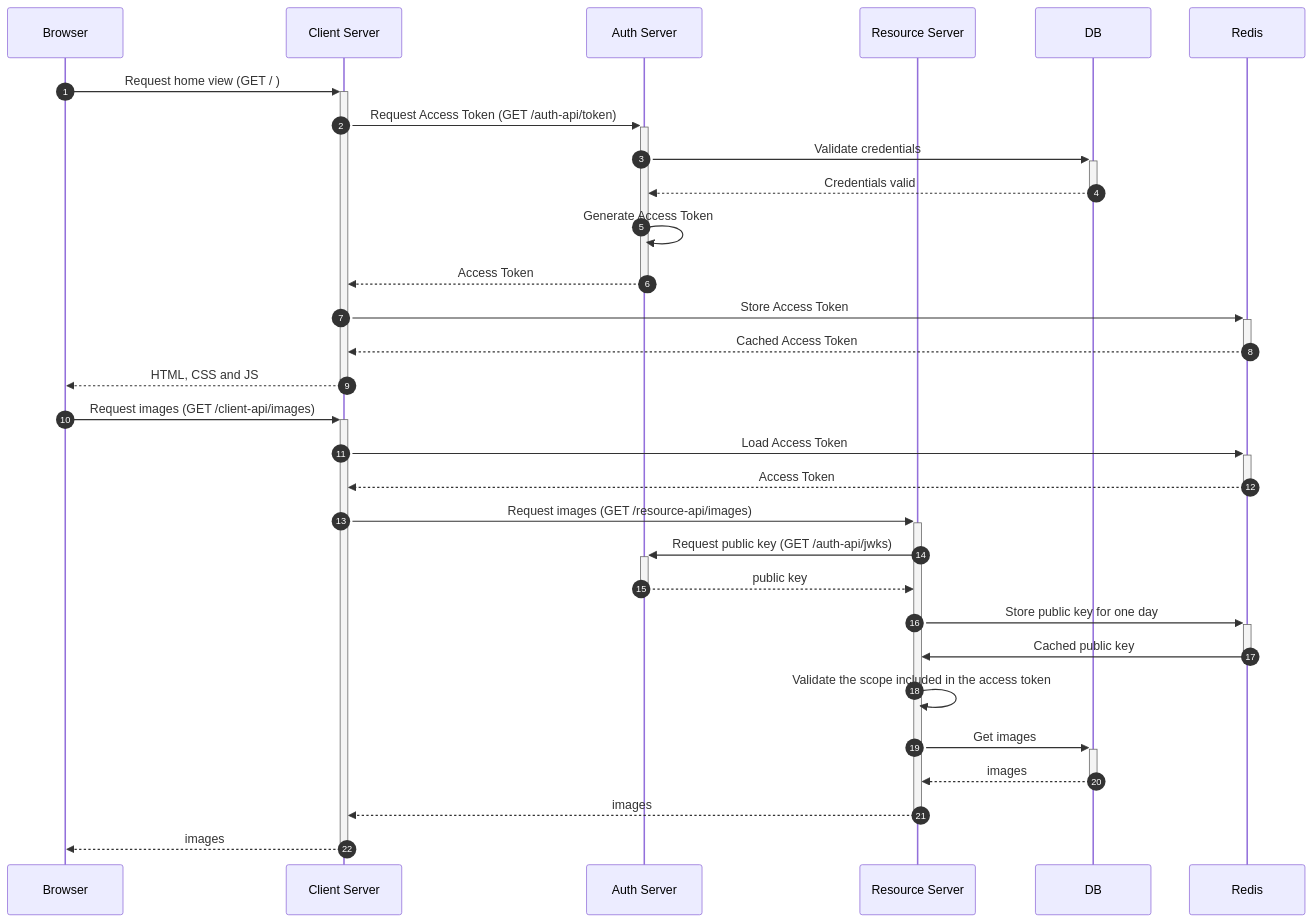
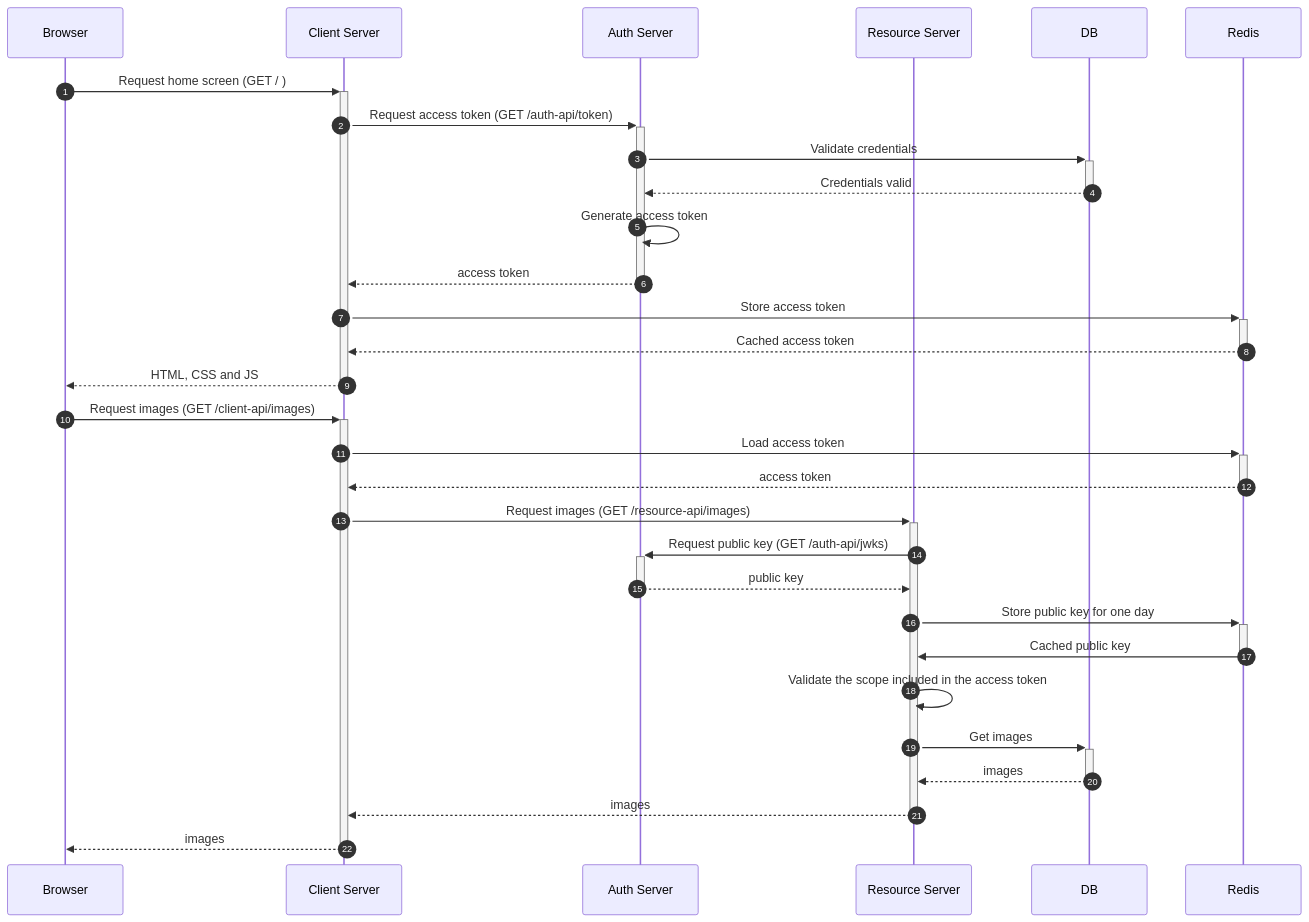
One commit to u104rak1/lgtmeme changed the diagram in document/client_credentials_grant_flow.md. Above: the diagram before and after it, drawn with Mermaid. The commit also changed 10 other files, not shown here.

````diff
--- a/document/client_credentials_grant_flow.md
+++ b/document/client_credentials_grant_flow.md
@@ -3,33 +3,33 @@
 ```mermaid
 sequenceDiagram
   participant browser as Browser
   participant client_server as Client Server
   participant auth_server as Auth Server
   participant resource_server as Resource Server
   participant db as DB
   participant Redis as Redis
 
   autonumber
-  browser->>+client_server: Request home view (GET / )
-  client_server->>+auth_server: Request Access Token (GET /auth-api/token)
+  browser->>+client_server: Request home screen (GET / )
+  client_server->>+auth_server: Request access token (GET /auth-api/token)
   auth_server->>+db: Validate credentials
   db-->>-auth_server: Credentials valid
-  auth_server->>auth_server: Generate Access Token
-  auth_server-->>-client_server: Access Token
-  client_server->>+Redis: Store Access Token
-  Redis-->>-client_server: Cached Access Token
+  auth_server->>auth_server: Generate access token
+  auth_server-->>-client_server: access token
+  client_server->>+Redis: Store access token
+  Redis-->>-client_server: Cached access token
   client_server-->>-browser: HTML, CSS and JS
   browser->>+client_server: Request images (GET /client-api/images)
-  client_server->>+Redis: Load Access Token
-  Redis-->>-client_server: Access Token
+  client_server->>+Redis: Load access token
+  Redis-->>-client_server: access token
   client_server->>+resource_server: Request images (GET /resource-api/images)
   resource_server->>+auth_server: Request public key (GET /auth-api/jwks)
   auth_server-->>-resource_server: public key
   resource_server->>+Redis: Store public key for one day
   Redis->>-resource_server: Cached public key
   resource_server->>resource_server: Validate the scope included in the access token
   resource_server->>+db: Get images
   db-->>-resource_server: images
   resource_server-->>-client_server: images
   client_server-->>-browser: images
 ```
````
